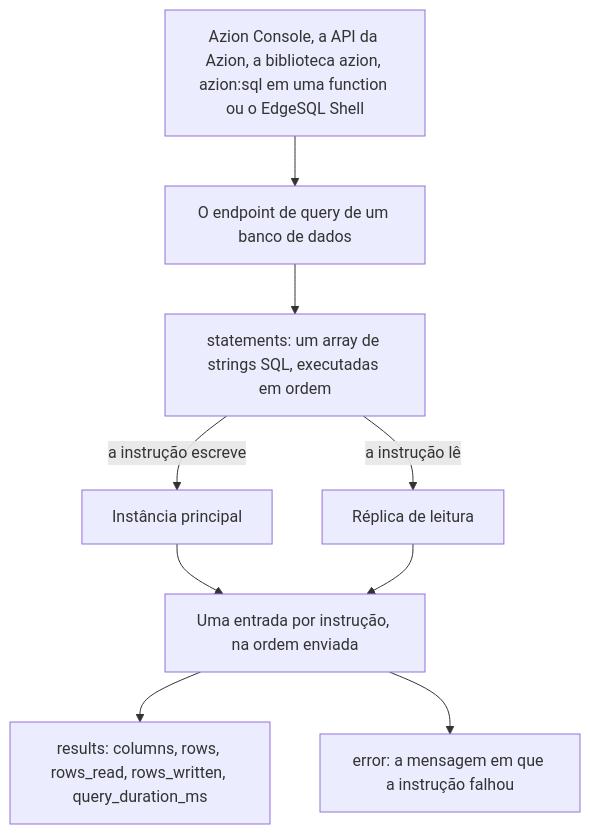
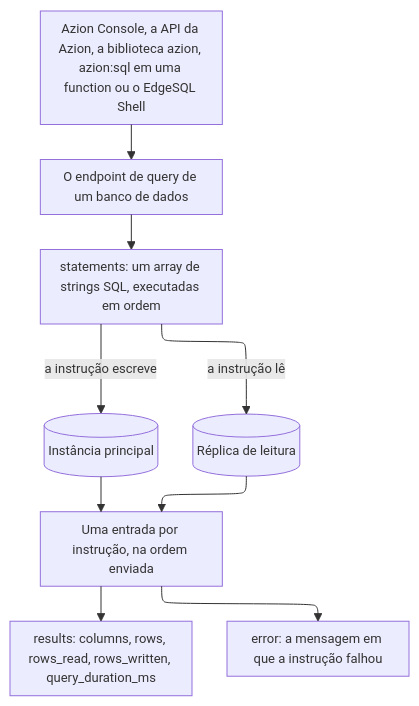
The diagram in apps/docs/src/content/docs/pt-br/pages/menu-principal/referencia/store/edge-sql/edge-sql.mdx (aziontech/docs), drawn with Mermaid before and after one commit. The commit also changed 179 other files, not shown here.

Commit message:
docs(diagrams): redraw every other diagram in the use-case diagram style (#2513)

````diff
--- a/apps/docs/src/content/docs/pt-br/pages/menu-principal/referencia/store/edge-sql/edge-sql.mdx
+++ b/apps/docs/src/content/docs/pt-br/pages/menu-principal/referencia/store/edge-sql/edge-sql.mdx
@@ -71,11 +71,12 @@
 ```mermaid
+%%{init: {"layout": "elk", "themeVariables": {"fontSize": "13px"}, "flowchart": {"nodeSpacing": 24, "rankSpacing": 36, "padding": 8, "wrappingWidth": 150, "useMaxWidth": true}, "sequence": {"width": 120, "actorMargin": 30, "useMaxWidth": true}}}%%
 flowchart TD
   Caller["Azion Console, a API da Azion, a biblioteca azion, azion:sql em uma function ou o EdgeSQL Shell"] --> Endpoint["O endpoint de query de um banco de dados"]
   Endpoint --> Statements["statements: um array de strings SQL, executadas em ordem"]
-  Statements -->|"a instrução escreve"| Main["Instância principal"]
-  Statements -->|"a instrução lê"| Replica["Réplica de leitura"]
+  Statements -->|"a instrução escreve"| Main[("Instância principal")]
+  Statements -->|"a instrução lê"| Replica[("Réplica de leitura")]
   Main --> Entry["Uma entrada por instrução, na ordem enviada"]
   Replica --> Entry
   Entry --> Results["results: columns, rows, rows_read, rows_written, query_duration_ms"]
   Entry --> Error["error: a mensagem em que a instrução falhou"]
 ```
````
